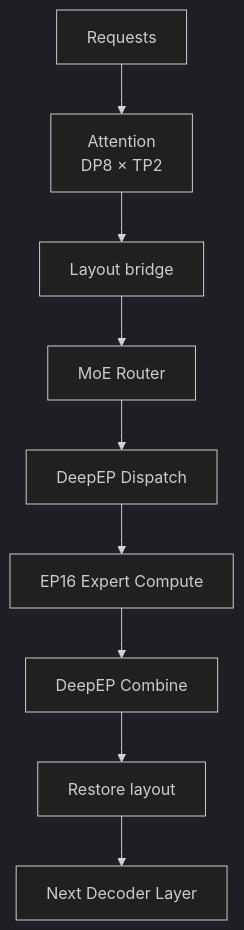
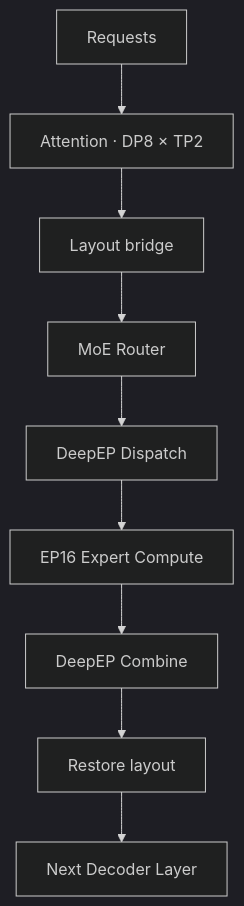
One commit to AkiYangDev/llm-inference-notes changed the fifth of 5 diagrams in docs/distributed/why-large-models-need-multi-card-tp-dp-ep.md. Above: the diagram before and after it, drawn with Mermaid (dark theme). The commit also changed other lines of this file and 44 other files, not shown here.

````diff
--- a/docs/distributed/why-large-models-need-multi-card-tp-dp-ep.md
+++ b/docs/distributed/why-large-models-need-multi-card-tp-dp-ep.md
@@ -273,11 +259,11 @@
 ```mermaid
 flowchart TD
-    Q["Requests"] --> A["Attention<br/>DP8 × TP2"]
+    Q["Requests"] --> A["Attention · DP8 × TP2"]
     A --> B["Layout bridge"]
     B --> R["MoE Router"]
     R --> D["DeepEP Dispatch"]
     D --> E["EP16 Expert Compute"]
     E --> C["DeepEP Combine"]
     C --> G["Restore layout"]
     G --> N["Next Decoder Layer"]
 ```
````
